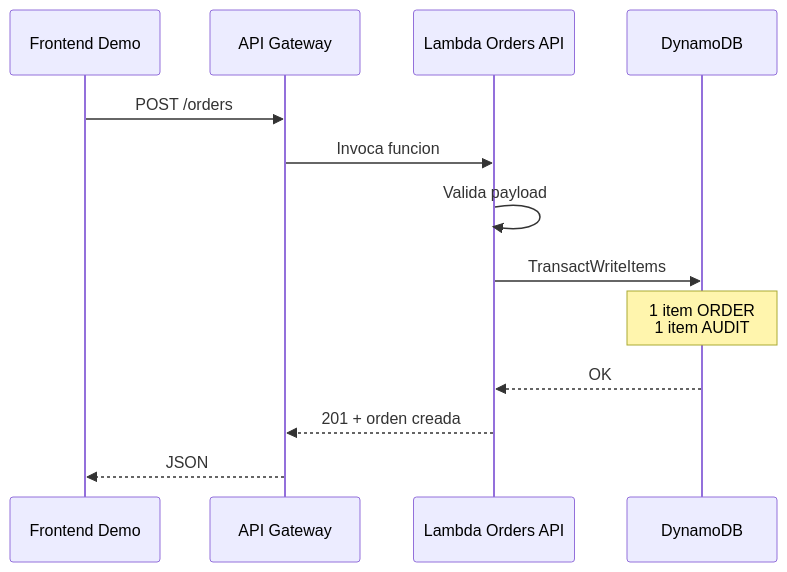
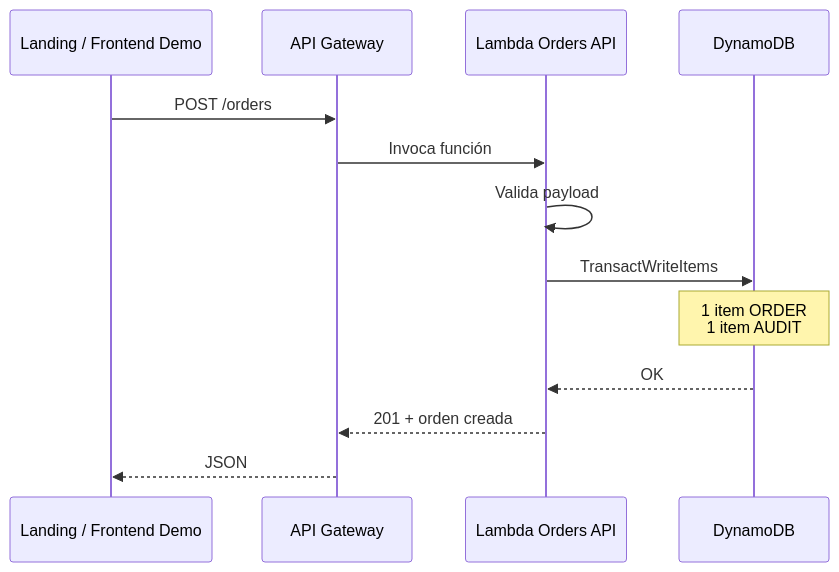
One commit to vladimiracunadev-create/proyectos-aws changed the first of 4 diagrams in caso-e-dynamodb-persistence/docs/architecture.md. Above: the diagram before and after it, drawn with Mermaid. The commit also changed other lines of this file and 5 other files, not shown here.

````diff
--- a/caso-e-dynamodb-persistence/docs/architecture.md
+++ b/caso-e-dynamodb-persistence/docs/architecture.md
@@ -22,16 +25,16 @@
 ```mermaid
 sequenceDiagram
-    participant UI as Frontend Demo
+    participant UI as Landing / Frontend Demo
     participant API as API Gateway
     participant L as Lambda Orders API
     participant DDB as DynamoDB
 
     UI->>API: POST /orders
-    API->>L: Invoca funcion
+    API->>L: Invoca función
     L->>L: Valida payload
     L->>DDB: TransactWriteItems
     Note over DDB: 1 item ORDER<br/>1 item AUDIT
     DDB-->>L: OK
     L-->>API: 201 + orden creada
     API-->>UI: JSON
 ```
````
